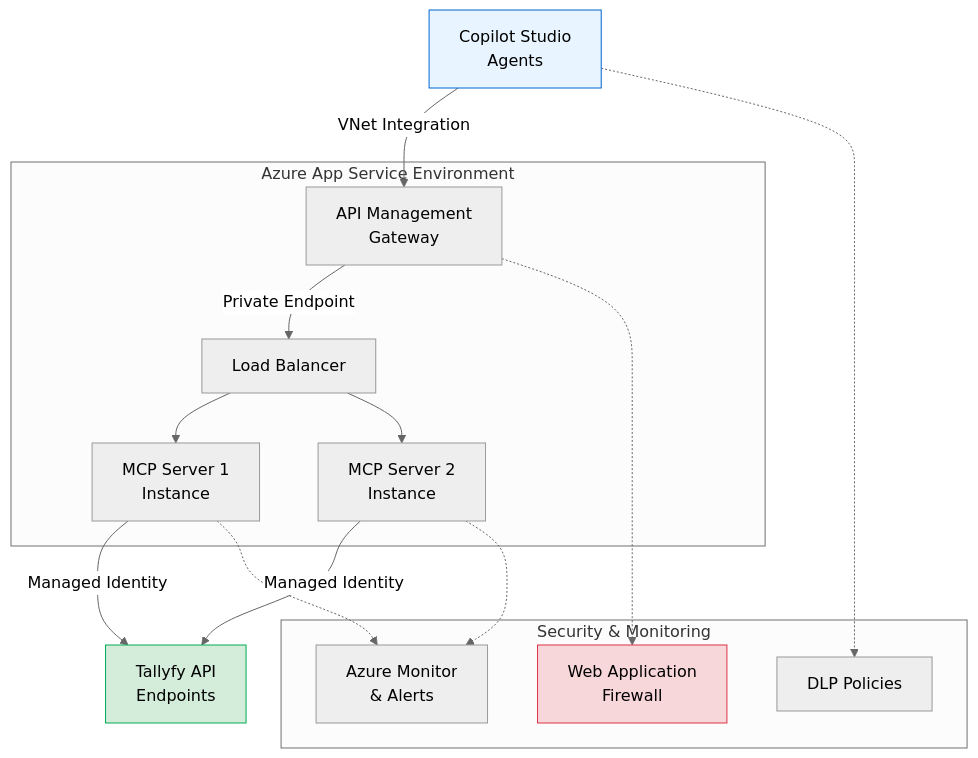
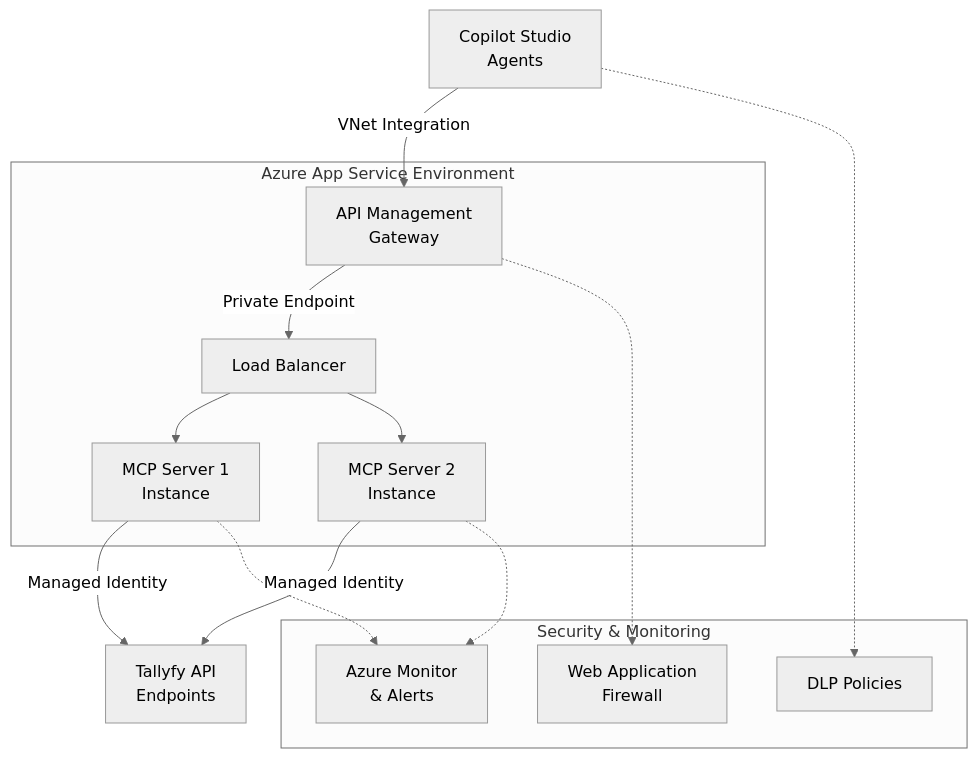
One commit to tallyfy/documentation changed the third of 3 diagrams in src/content/docs/pro/integrations/mcp-server/microsoft-copilot-studio/index.mdx. Above: the diagram before and after it, drawn with Mermaid. The commit also changed other lines of this file and 5 other files, not shown here.

First line of the commit message:
Remove all style directives from Mermaid diagrams in final 6 documentation files

````diff
--- a/src/content/docs/pro/integrations/mcp-server/microsoft-copilot-studio/index.mdx
+++ b/src/content/docs/pro/integrations/mcp-server/microsoft-copilot-studio/index.mdx
@@ -129,33 +125,29 @@
 ```mermaid
 %%{init: {'theme':'neutral'}}%%
 graph TB
     CS[Copilot Studio<br/>Agents]
     CS -->|VNet Integration| APIM[API Management<br/>Gateway]
     
     subgraph "Azure App Service Environment"
         APIM -->|Private Endpoint| LB[Load Balancer]
         LB --> MCP1[MCP Server 1<br/>Instance]
         LB --> MCP2[MCP Server 2<br/>Instance]
     end
     
     MCP1 -->|Managed Identity| API[Tallyfy API<br/>Endpoints]
     MCP2 -->|Managed Identity| API
     
     subgraph "Security & Monitoring"
         WAF[Web Application<br/>Firewall]
         DLP[DLP Policies]
         MON[Azure Monitor<br/>& Alerts]
     end
     
     APIM -.-> WAF
     CS -.-> DLP
     MCP1 -.-> MON
     MCP2 -.-> MON
     
-    style CS fill:#E8F4FF,stroke:#0066CC
-    style API fill:#D4EDDA,stroke:#00AA55
-    style WAF fill:#F8D7DA,stroke:#DC3545
-    
     click API "/products/pro/integrations/open-api/" "API documentation"
     click CS "#prerequisites" "Setup prerequisites"
 ```
````
